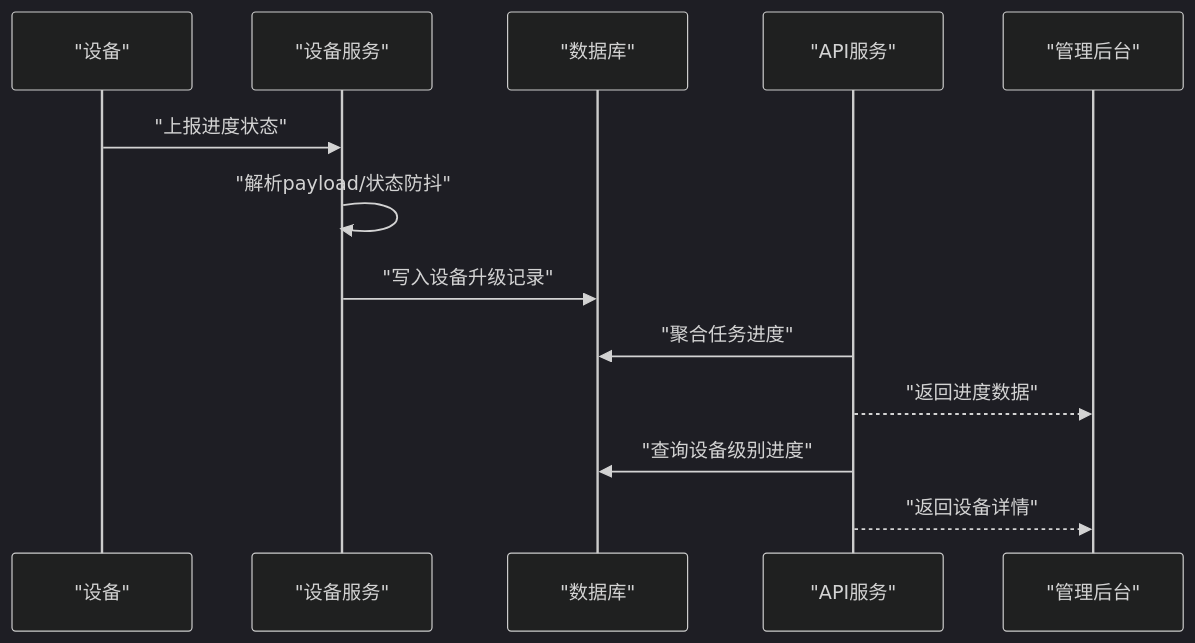
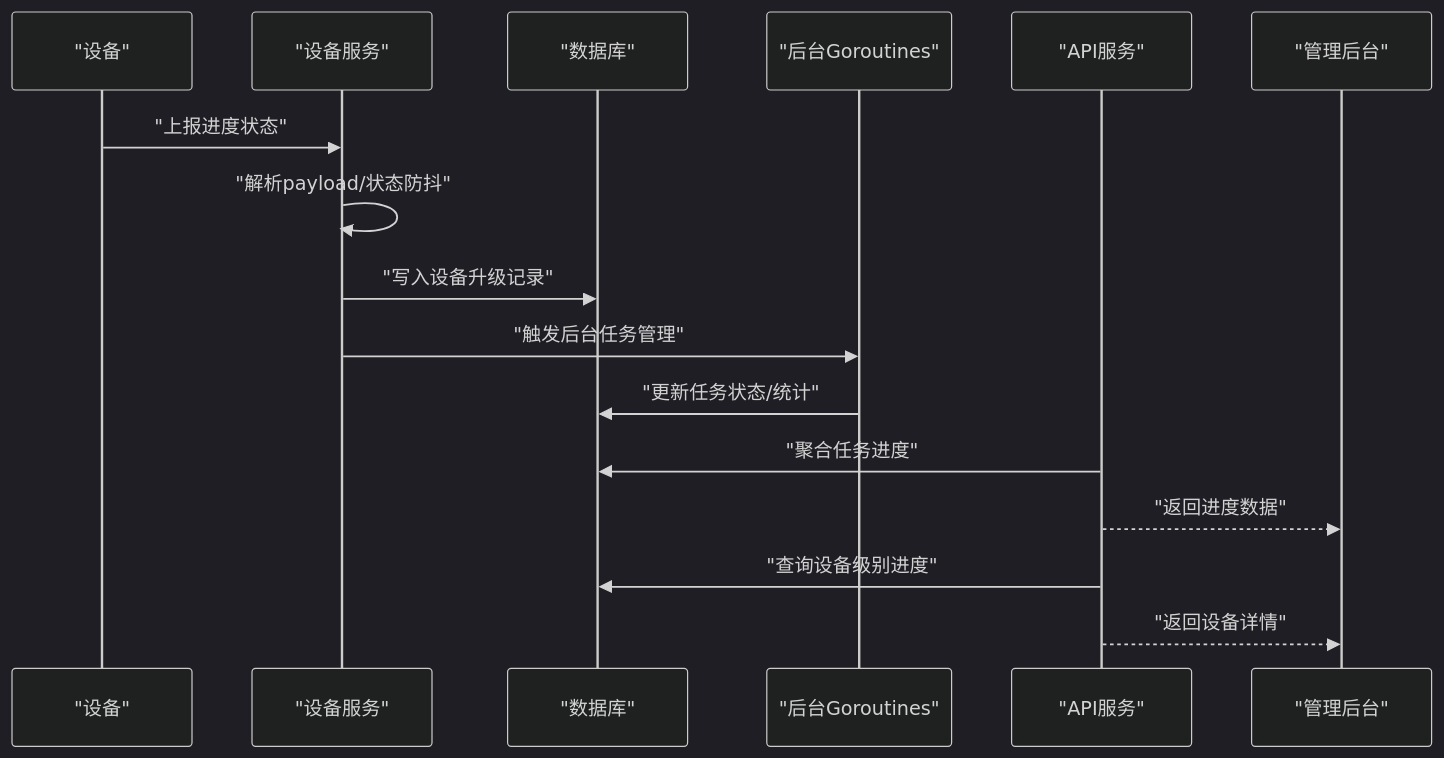
The fifth of 11 diagrams in .qoder/repowiki/zh/content/OTA升级系统/OTA任务调度/OTA进度跟踪.md (mcmrzy/cs_inv_monitor-develop), drawn with Mermaid (dark theme) before and after one commit. The commit also changed other lines of this file and 28 other files, not shown here.

````diff
--- a/.qoder/repowiki/zh/content/OTA升级系统/OTA任务调度/OTA进度跟踪.md
+++ b/.qoder/repowiki/zh/content/OTA升级系统/OTA任务调度/OTA进度跟踪.md
@@ -199,15 +247,18 @@
 ```mermaid
 sequenceDiagram
 participant Device as "设备"
 participant DevSvc as "设备服务"
 participant DB as "数据库"
+participant BG as "后台Goroutines"
 participant API as "API服务"
 participant Admin as "管理后台"
 Device->>DevSvc : "上报进度状态"
 DevSvc->>DevSvc : "解析payload/状态防抖"
 DevSvc->>DB : "写入设备升级记录"
+DevSvc->>BG : "触发后台任务管理"
+BG->>DB : "更新任务状态/统计"
 API->>DB : "聚合任务进度"
 API-->>Admin : "返回进度数据"
 API->>DB : "查询设备级别进度"
 API-->>Admin : "返回设备详情"
 ```
````
